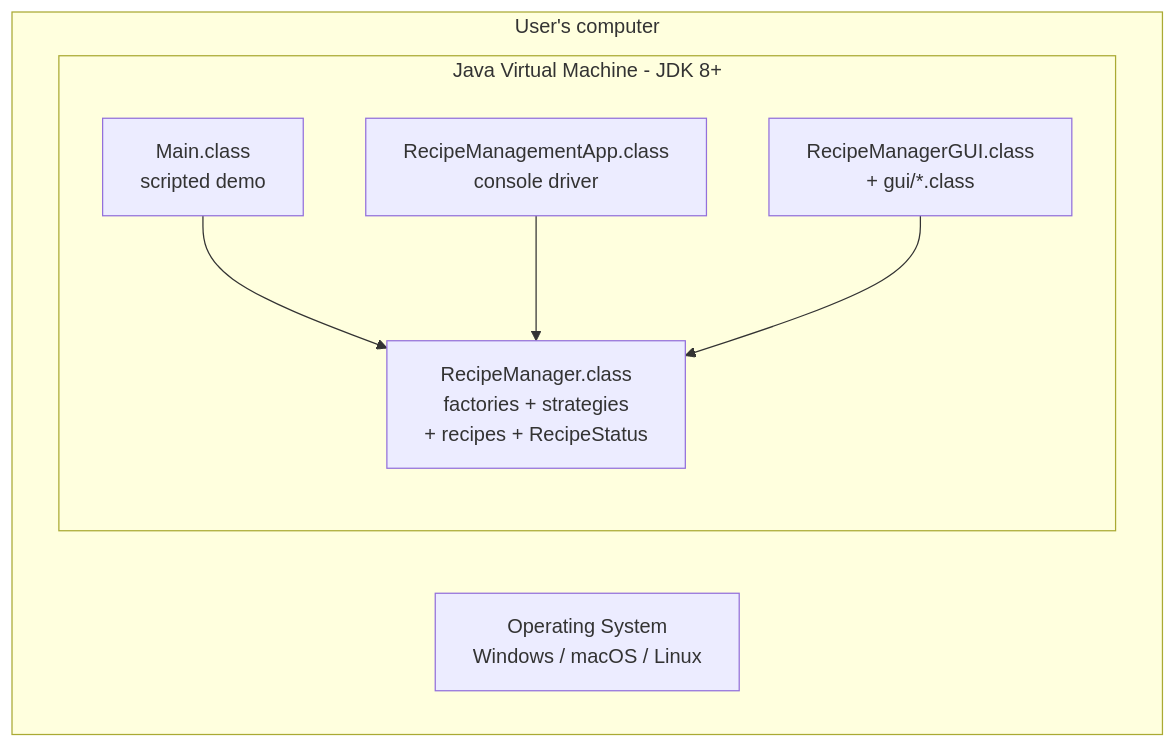
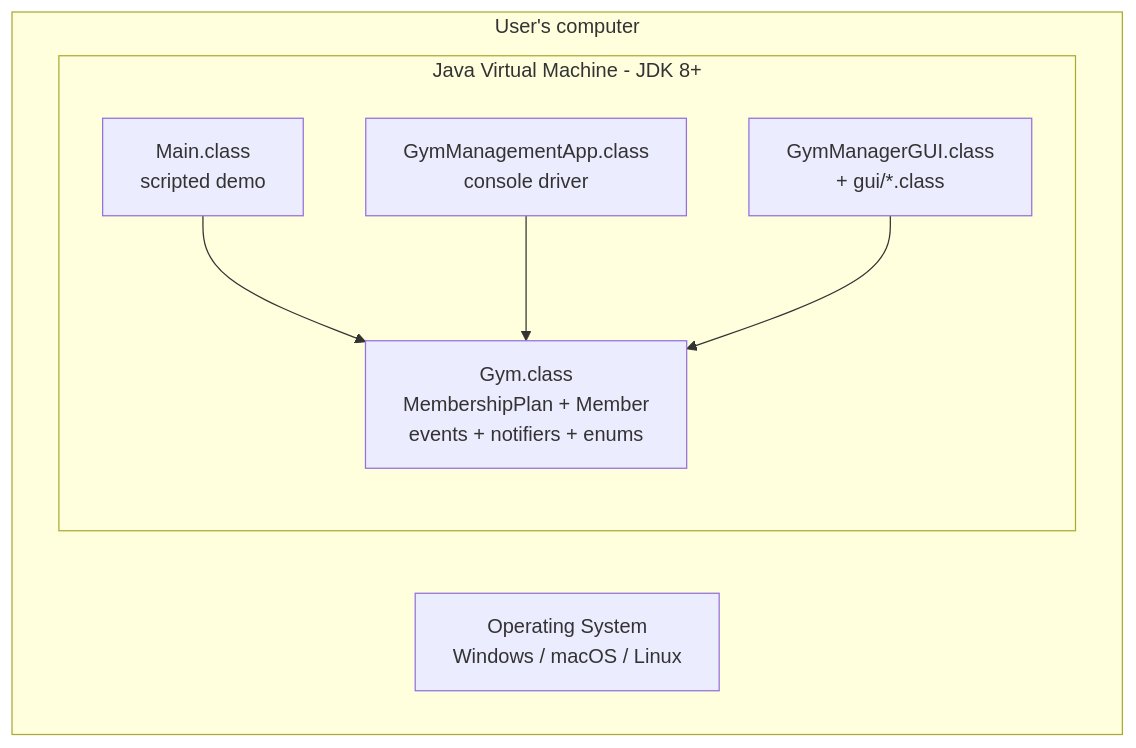
The diagram in docs/uml/class/deployment-diagram.md (hoop-ai/gym-membership-management-system), drawn with Mermaid before and after one commit. The commit also changed other lines of this file and 77 other files, not shown here.

````diff
--- a/docs/uml/class/deployment-diagram.md
+++ b/docs/uml/class/deployment-diagram.md
@@ -6,16 +6,16 @@
 ```mermaid
 flowchart TB
     subgraph PC [User's computer]
       OS[Operating System<br/>Windows / macOS / Linux]
       subgraph JVM [Java Virtual Machine - JDK 8+]
         MAIN[Main.class<br/>scripted demo]
-        APP[RecipeManagementApp.class<br/>console driver]
-        GUI[RecipeManagerGUI.class<br/>+ gui/*.class]
-        ENG[RecipeManager.class<br/>factories + strategies<br/>+ recipes + RecipeStatus]
+        APP[GymManagementApp.class<br/>console driver]
+        GUI[GymManagerGUI.class<br/>+ gui/*.class]
+        ENG[Gym.class<br/>MembershipPlan + Member<br/>events + notifiers + enums]
       end
     end
 
     MAIN --> ENG
     APP --> ENG
     GUI --> ENG
 ```
````
